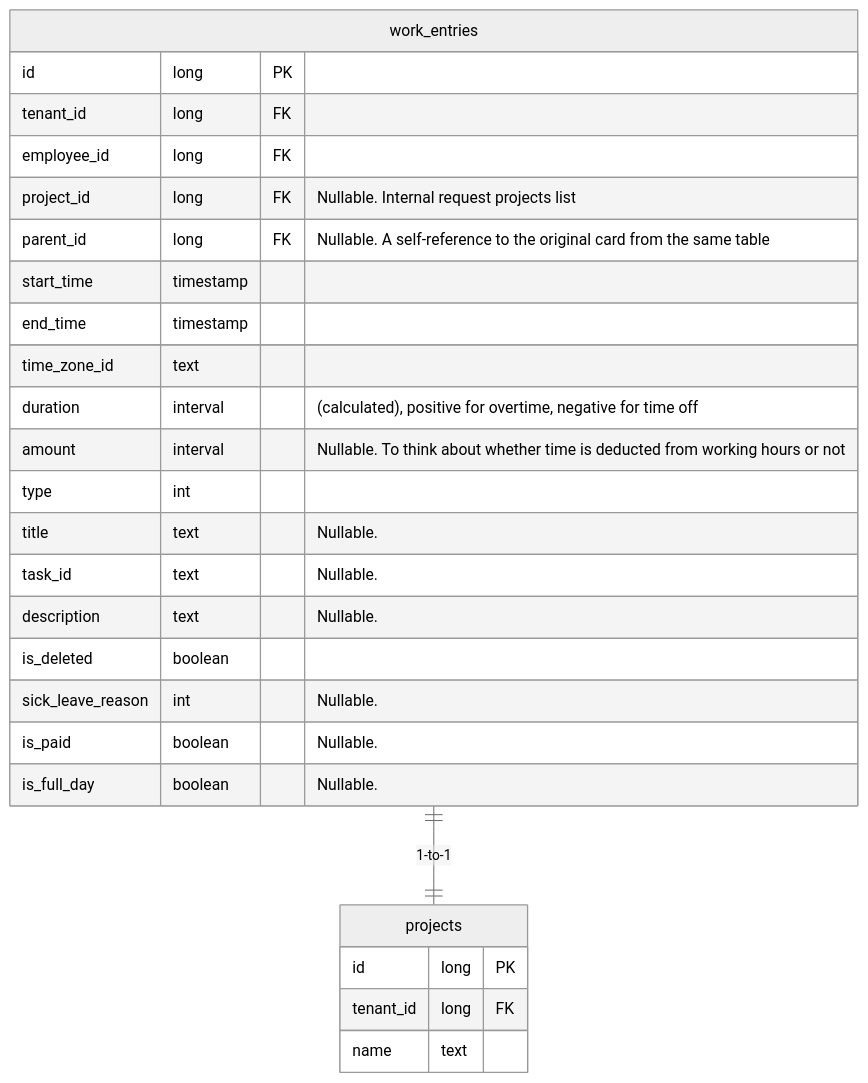
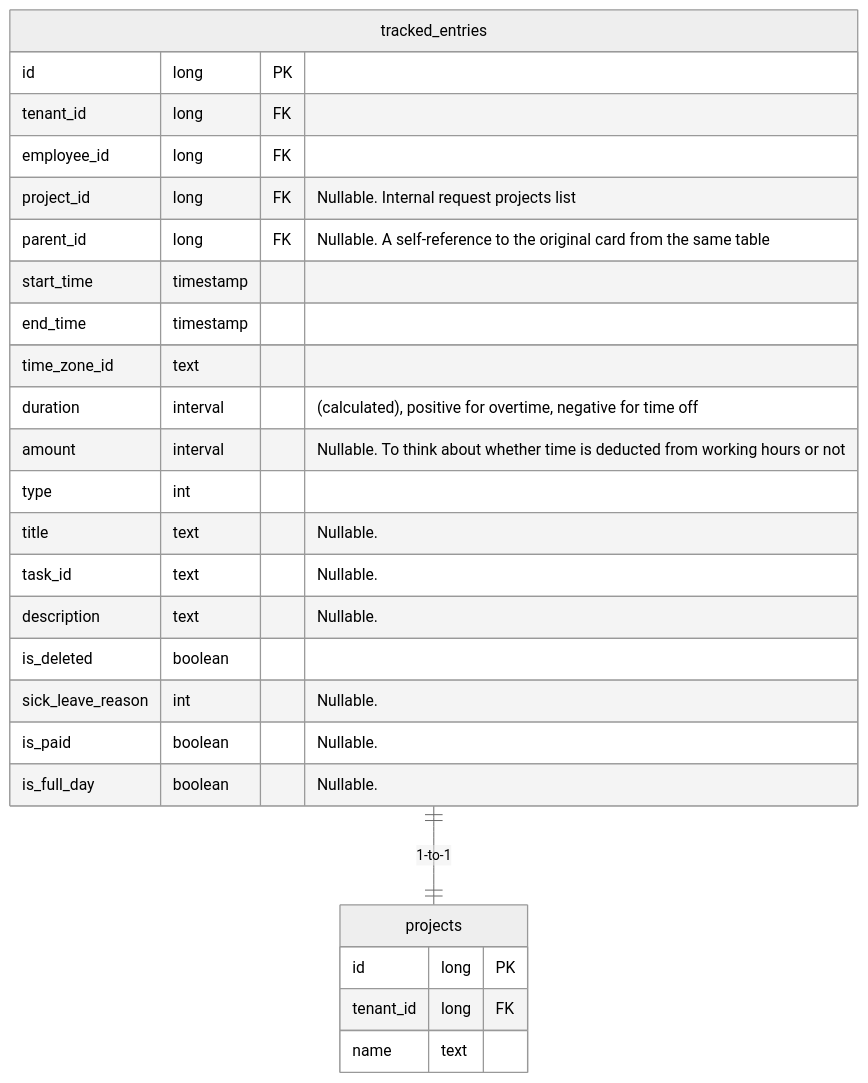
One commit to TourmalineCore/inner-circle-documentation changed the diagram in time-tracker/backend-contract.md. Above: the diagram before and after it, drawn with Mermaid (neutral theme). The commit also changed other lines of this file, not shown here.

````diff
--- a/time-tracker/backend-contract.md
+++ b/time-tracker/backend-contract.md
@@ -142,29 +182,29 @@
 ```mermaid
 erDiagram
-    work_entries ||--|| projects : "1-to-1"
-    work_entries {
+    tracked_entries ||--|| projects : "1-to-1"
+    tracked_entries {
       id long PK
       tenant_id long FK
       employee_id long FK
       project_id long FK "Nullable. Internal request projects list"
       parent_id long FK "Nullable. A self-reference to the original card from the same table"
       start_time timestamp
       end_time timestamp
       time_zone_id text
       duration interval "(calculated), positive for overtime, negative for time off"
       amount interval "Nullable. To think about whether time is deducted from working hours or not"
       type int
       title text "Nullable."
       task_id text "Nullable."
       description text "Nullable."
       is_deleted boolean
       sick_leave_reason int "Nullable."
       is_paid boolean "Nullable."
       is_full_day boolean "Nullable."
     }
     projects {
       id long PK
       tenant_id long FK
       name text
     }
 ```
````
